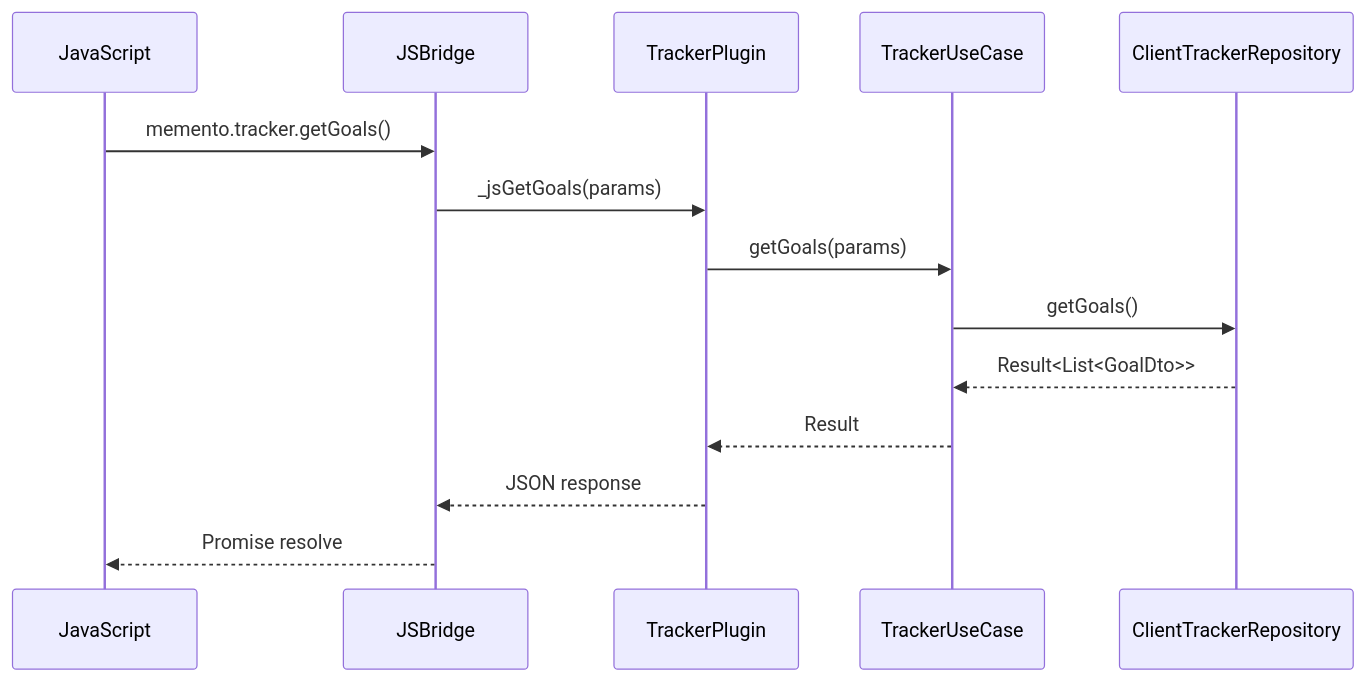
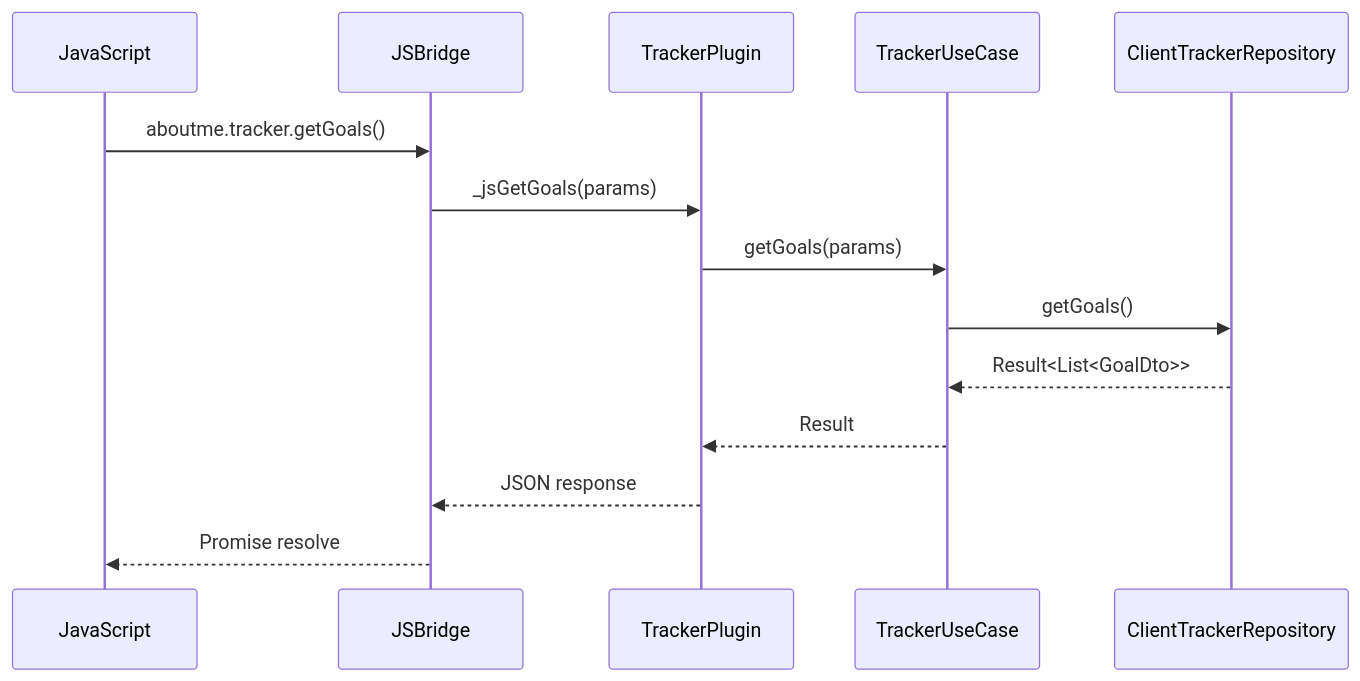
The second of 3 diagrams in lib/plugins/tracker/CLAUDE.md (hunmer/about-me), drawn with Mermaid before and after one commit. The commit also changed other lines of this file and 1650 other files, not shown here.

````diff
--- a/lib/plugins/tracker/CLAUDE.md
+++ b/lib/plugins/tracker/CLAUDE.md
@@ -988,17 +988,17 @@
 ```mermaid
 sequenceDiagram
     participant JS as JavaScript
     participant Bridge as JSBridge
     participant Plugin as TrackerPlugin
     participant UseCase as TrackerUseCase
     participant Repo as ClientTrackerRepository
 
-    JS->>Bridge: memento.tracker.getGoals()
+    JS->>Bridge: aboutme.tracker.getGoals()
     Bridge->>Plugin: _jsGetGoals(params)
     Plugin->>UseCase: getGoals(params)
     UseCase->>Repo: getGoals()
     Repo-->>UseCase: Result<List<GoalDto>>
     UseCase-->>Plugin: Result
     Plugin-->>Bridge: JSON response
     Bridge-->>JS: Promise resolve
 ```
````
